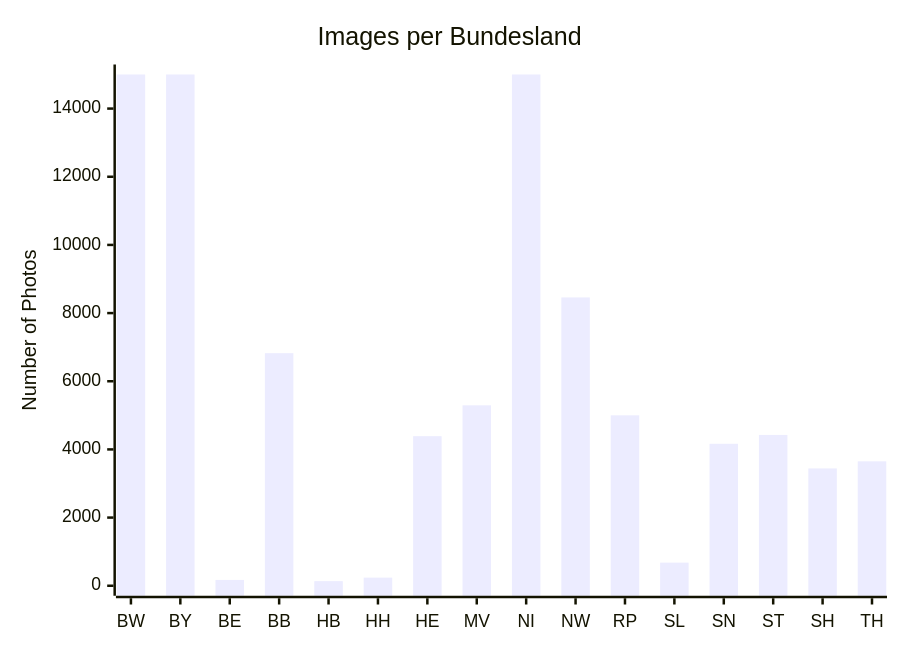
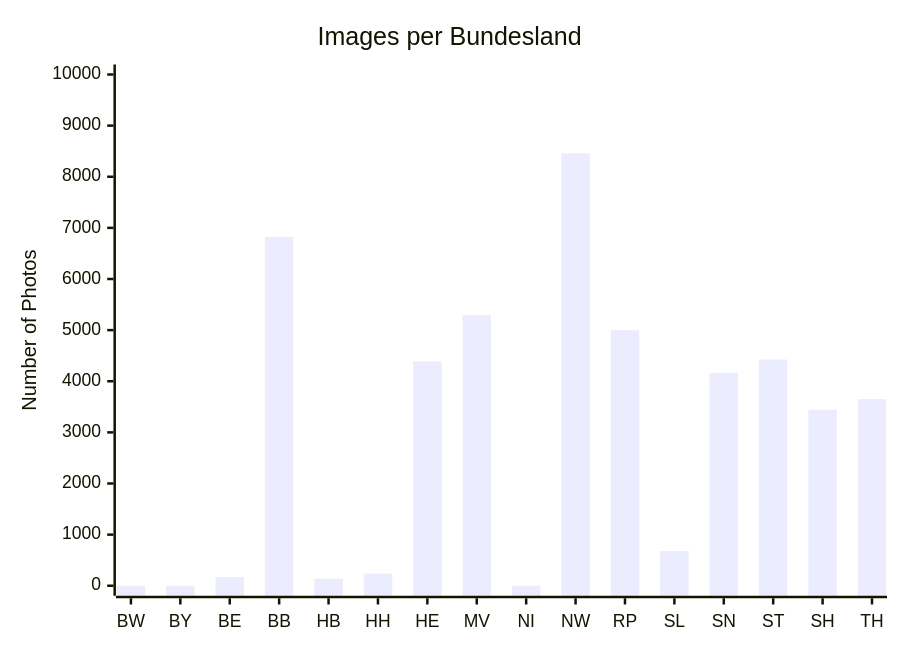
The fifth of 5 diagrams in README.md (marcowaldi/square_germany), drawn with Mermaid before and after one commit. The commit also changed other lines of this file, not shown here.

````diff
--- a/README.md
+++ b/README.md
@@ -157,7 +157,7 @@
 ```mermaid
 xychart-beta
     title "Images per Bundesland"
     x-axis ["BW", "BY", "BE", "BB", "HB", "HH", "HE", "MV", "NI", "NW", "RP", "SL", "SN", "ST", "SH", "TH"]
-    y-axis "Number of Photos" 0 --> 15000
-    bar [15000, 15000, 171, 6824, 135, 238, 4388, 5293, 15000, 8459, 5000, 678, 4165, 4425, 3442, 3650]
+    y-axis "Number of Photos" 0 --> 10000
+    bar [0, 0, 171, 6824, 135, 238, 4388, 5293, 0, 8459, 5000, 678, 4165, 4425, 3442, 3650]
 ```
````
